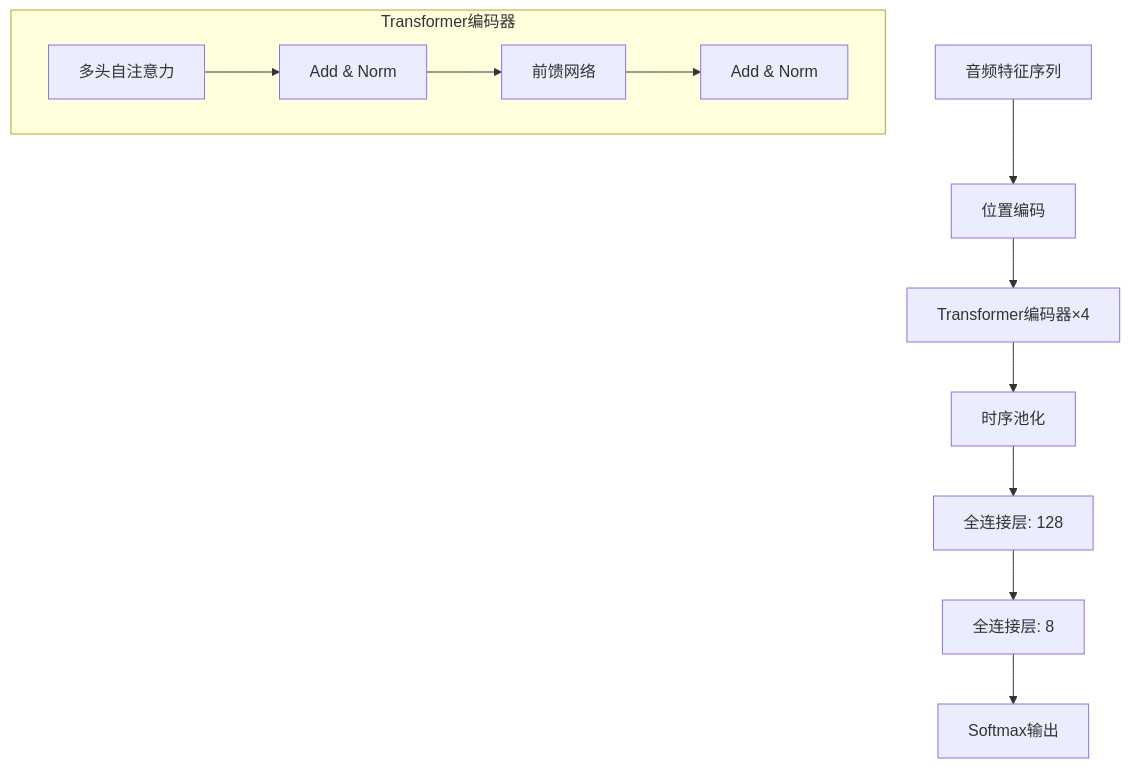
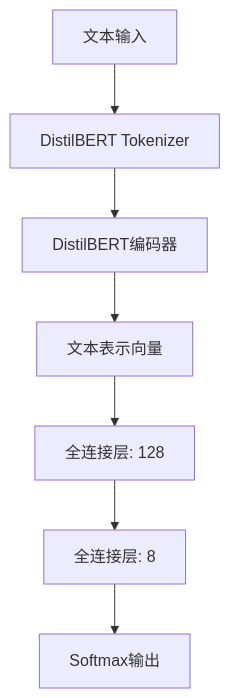
One commit to sting1000/EdgeVoice changed the third of 4 diagrams in docs/EdgeVoice_技术方案详细说明.md. Above: the diagram before and after it, drawn with Mermaid. The commit also changed other lines of this file and 2 other files, not shown here.

````diff
--- a/docs/EdgeVoice_技术方案详细说明.md
+++ b/docs/EdgeVoice_技术方案详细说明.md
@@ -232,16 +211,9 @@
 ```mermaid
 flowchart TB
-    A[音频特征序列] --> B[位置编码]
-    B --> C[Transformer编码器×4]
-    
-    subgraph "Transformer编码器"
-    D[多头自注意力] --> E[Add & Norm]
-    E --> F[前馈网络]
-    F --> G[Add & Norm]
-    end
-    
-    C --> H[时序池化]
-    H --> I[全连接层: 128]
-    I --> J[全连接层: 8]
-    J --> K[Softmax输出]
+    A[文本输入] --> B[DistilBERT Tokenizer]
+    B --> C[DistilBERT编码器]
+    C --> D[文本表示向量]
+    D --> E[全连接层: 128]
+    E --> F[全连接层: 8]
+    F --> G[Softmax输出]
 ```
````
